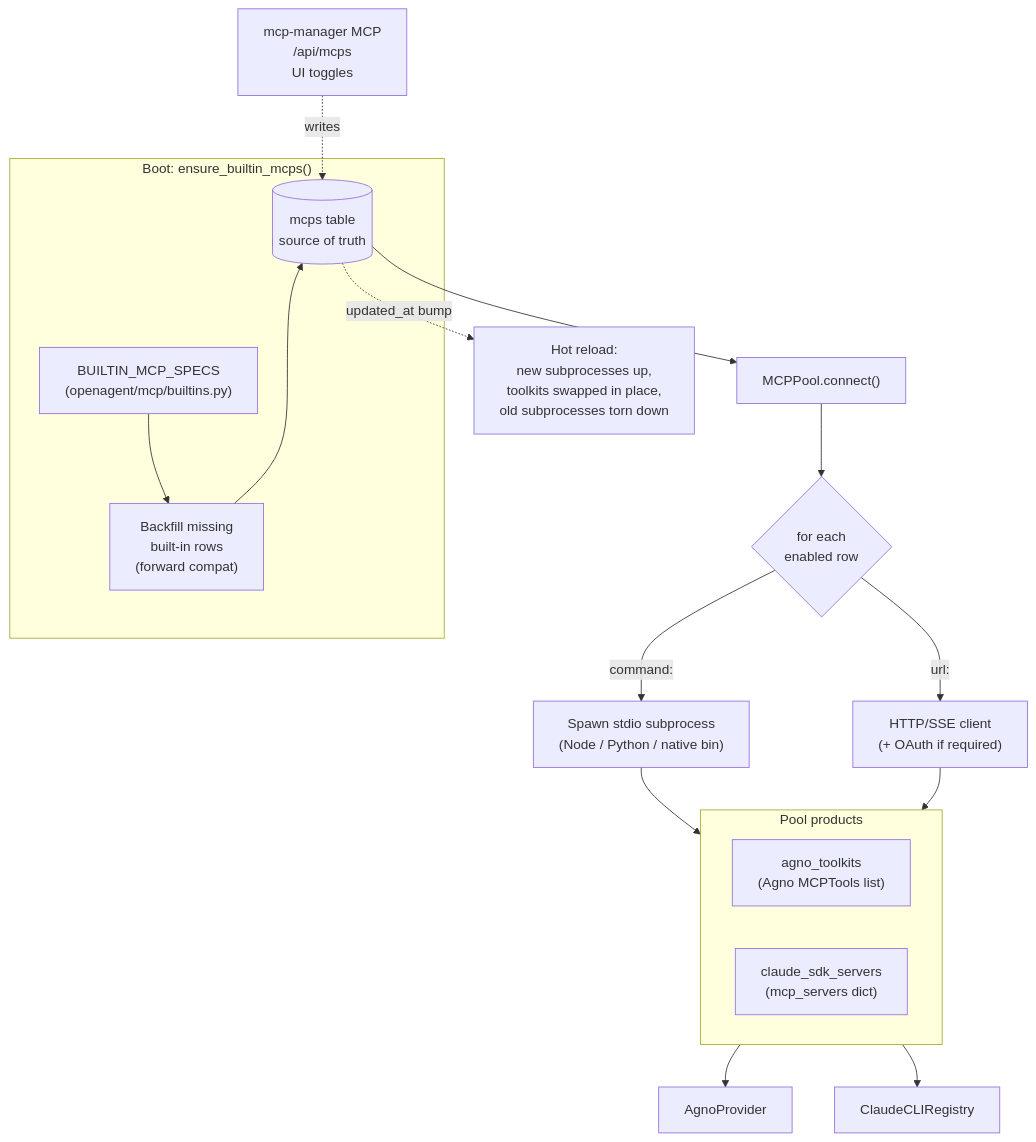
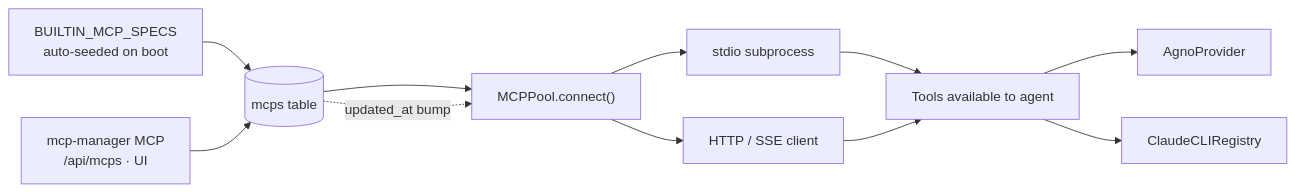
One commit to openagent-uno/openagent-docs changed the fourth of 8 diagrams in guide/architecture.md. Above: the diagram before and after it, drawn with Mermaid. The commit also changed other lines of this file and 1 other file, not shown here.

First line of the commit message:
docs(site): theme Mermaid diagrams to the site palette, simplify dense ones

````diff
--- a/guide/architecture.md
+++ b/guide/architecture.md
@@ -186,30 +164,16 @@
 ```mermaid
-flowchart TB
-    DB[(mcps table<br/>source of truth)] --> Boot
+flowchart LR
+    Seed["BUILTIN_MCP_SPECS<br/>auto-seeded on boot"] --> DB[(mcps table)]
+    Manager["mcp-manager MCP<br/>/api/mcps · UI"] --> DB
 
-    subgraph Boot["Boot: ensure_builtin_mcps()"]
-        Specs["BUILTIN_MCP_SPECS<br/>(openagent/mcp/builtins.py)"]
-        Specs --> Seed["Backfill missing<br/>built-in rows<br/>(forward compat)"]
-        Seed --> DB
-    end
+    DB --> Pool["MCPPool.connect()"]
+    Pool --> Stdio["stdio subprocess"]
+    Pool --> Http["HTTP / SSE client"]
 
-    DB --> PoolBuild["MCPPool.connect()"]
-    PoolBuild --> Enabled{for each<br/>enabled row}
+    Stdio --> Tools["Tools available to agent"]
+    Http --> Tools
+    Tools --> Agno[AgnoProvider]
+    Tools --> CCLI[ClaudeCLIRegistry]
 
-    Enabled -->|command:| Stdio["Spawn stdio subprocess<br/>(Node / Python / native bin)"]
-    Enabled -->|url:| Http["HTTP/SSE client<br/>(+ OAuth if required)"]
-
-    Stdio --> Toolkits
-    Http --> Toolkits
-
-    subgraph Toolkits["Pool products"]
-        Agno["agno_toolkits<br/>(Agno MCPTools list)"]
-        Sdk["claude_sdk_servers<br/>(mcp_servers dict)"]
-    end
-
-    Toolkits --> AgnoProv["AgnoProvider"]
-    Toolkits --> CCLI["ClaudeCLIRegistry"]
-
-    Manager["mcp-manager MCP<br/>/api/mcps<br/>UI toggles"] -. writes .-> DB
-    DB -. updated_at bump .-> Reload["Hot reload:<br/>new subprocesses up,<br/>toolkits swapped in place,<br/>old subprocesses torn down"]
+    DB -. updated_at bump .-> Pool
 ```
````
